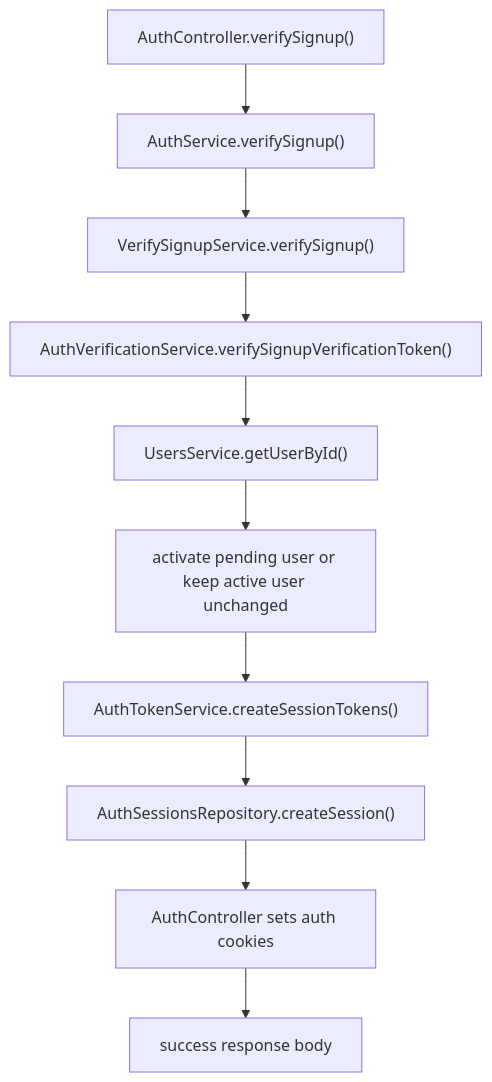
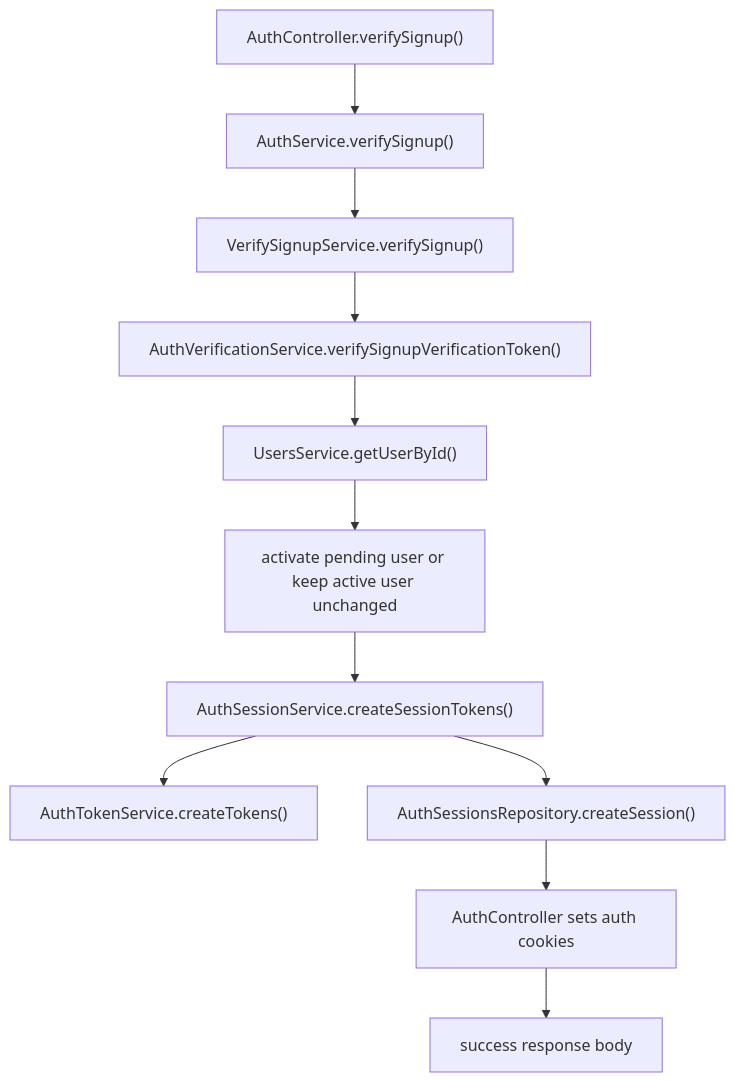
The third of 6 diagrams in back/docs/auth/signup-flow.md (KaterynaKocheharova/Practice-app), drawn with Mermaid before and after one commit. The commit also changed other lines of this file and 2 other files, not shown here.

````diff
--- a/back/docs/auth/signup-flow.md
+++ b/back/docs/auth/signup-flow.md
@@ -146,12 +155,13 @@
 ```mermaid
 flowchart TD
   Controller["AuthController.verifySignup()"] --> AuthService["AuthService.verifySignup()"]
   AuthService --> VerifyService["VerifySignupService.verifySignup()"]
   VerifyService --> TokenVerify["AuthVerificationService.verifySignupVerificationToken()"]
   TokenVerify --> UserLookup["UsersService.getUserById()"]
   UserLookup --> Activate["activate pending user or keep active user unchanged"]
-  Activate --> Tokens["AuthTokenService.createSessionTokens()"]
-  Tokens --> Session["AuthSessionsRepository.createSession()"]
+  Activate --> SessionTokens["AuthSessionService.createSessionTokens()"]
+  SessionTokens --> Tokens["AuthTokenService.createTokens()"]
+  SessionTokens --> Session["AuthSessionsRepository.createSession()"]
   Session --> Cookies["AuthController sets auth cookies"]
   Cookies --> Response["success response body"]
 ```
````
